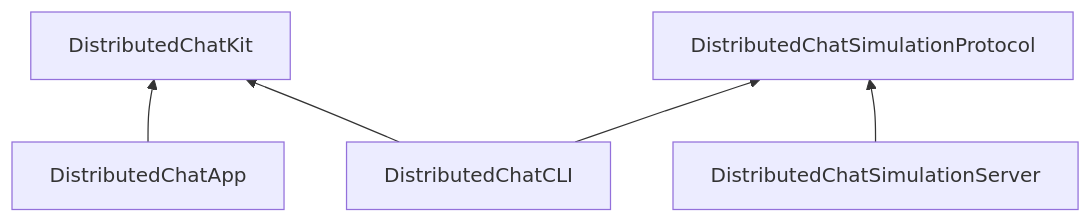
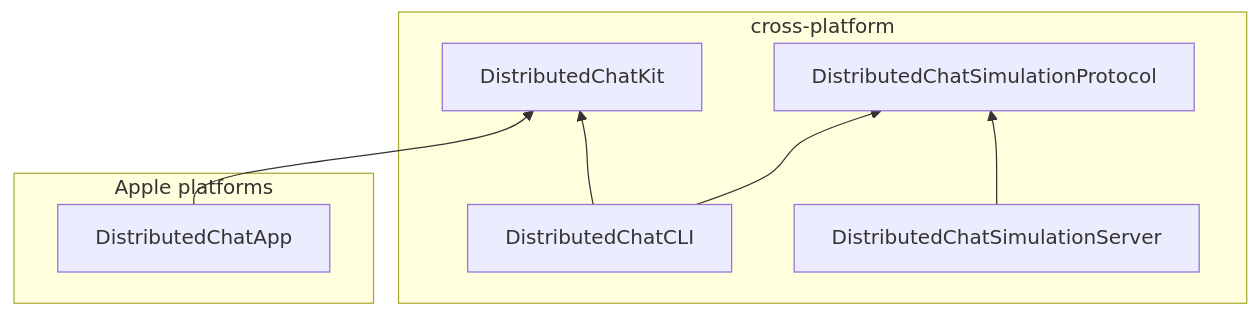
Before and after one commit to fwcd/distributed-chat: the diagram in README.md, drawn with Mermaid. The commit also changed other lines of this file, not shown here.

Commit message:
Use subgraphs to clarify which modules are cross-platform

````diff
--- a/README.md
+++ b/README.md
@@ -43,7 +43,11 @@
 ```mermaid
 flowchart BT
-    DistributedChatApp --> DistributedChatKit
-    DistributedChatCLI --> DistributedChatKit
-    DistributedChatCLI --> DistributedChatSimulationProtocol
-    DistributedChatSimulationServer --> DistributedChatSimulationProtocol
+    subgraph cross-platform
+        DistributedChatCLI --> DistributedChatKit
+        DistributedChatCLI --> DistributedChatSimulationProtocol
+        DistributedChatSimulationServer --> DistributedChatSimulationProtocol
+    end
+    subgraph "Apple platforms"
+        DistributedChatApp --> DistributedChatKit
+    end
 ```
````
